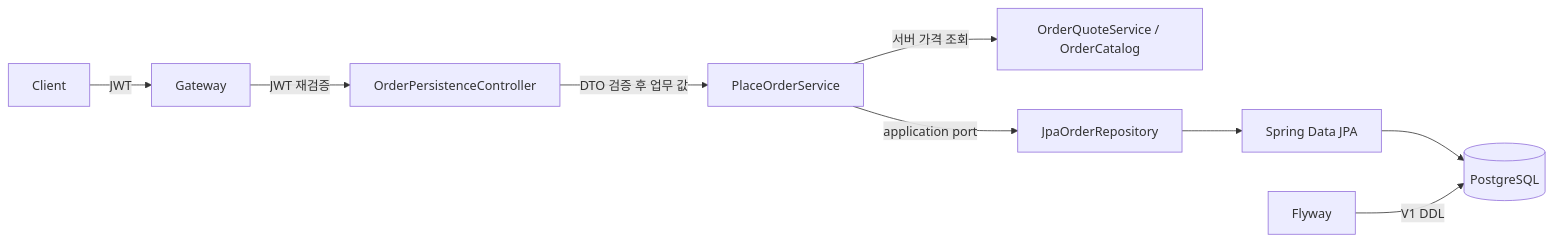
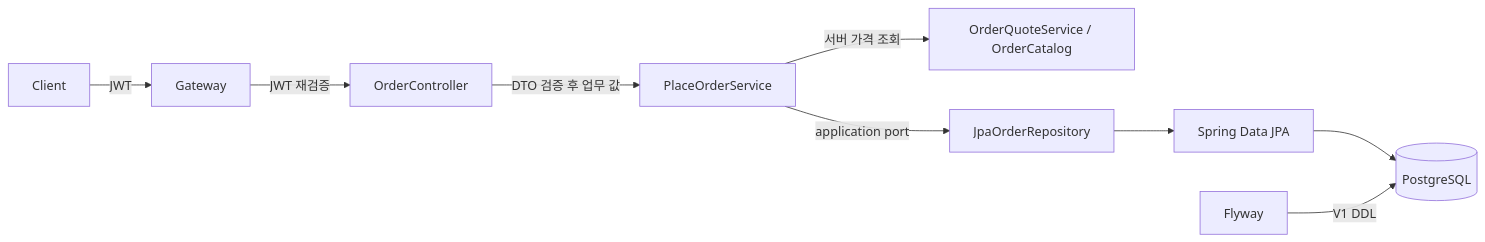
The diagram in docs/learning/12-postgresql-jpa-flyway.md (vaders-hub/spring-gateway-docker-sample), drawn with Mermaid before and after one commit. The commit also changed other lines of this file and 125 other files, not shown here.

````diff
--- a/docs/learning/12-postgresql-jpa-flyway.md
+++ b/docs/learning/12-postgresql-jpa-flyway.md
@@ -10,11 +10,11 @@
 ```mermaid
 flowchart LR
   Client -->|JWT| Gateway
-  Gateway -->|JWT 재검증| Controller[OrderPersistenceController]
+  Gateway -->|JWT 재검증| Controller[OrderController]
   Controller -->|DTO 검증 후 업무 값| Service[PlaceOrderService]
   Service -->|서버 가격 조회| Quote[OrderQuoteService / OrderCatalog]
   Service -->|application port| Adapter[JpaOrderRepository]
   Adapter --> SpringData[Spring Data JPA]
   SpringData --> DB[(PostgreSQL)]
   Flyway -->|V1 DDL| DB
 ```
````
